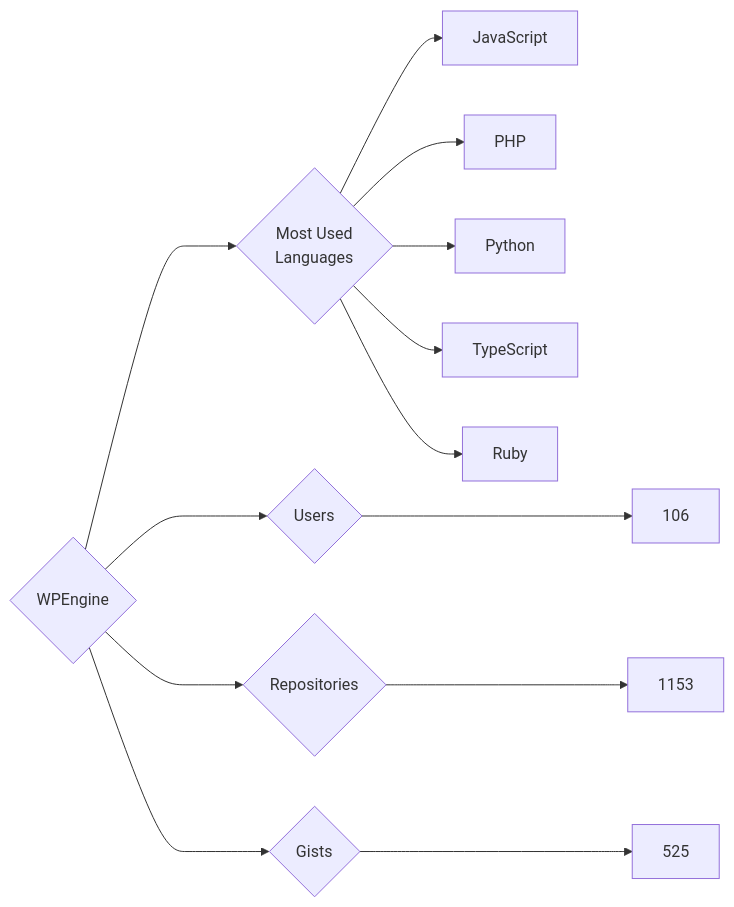
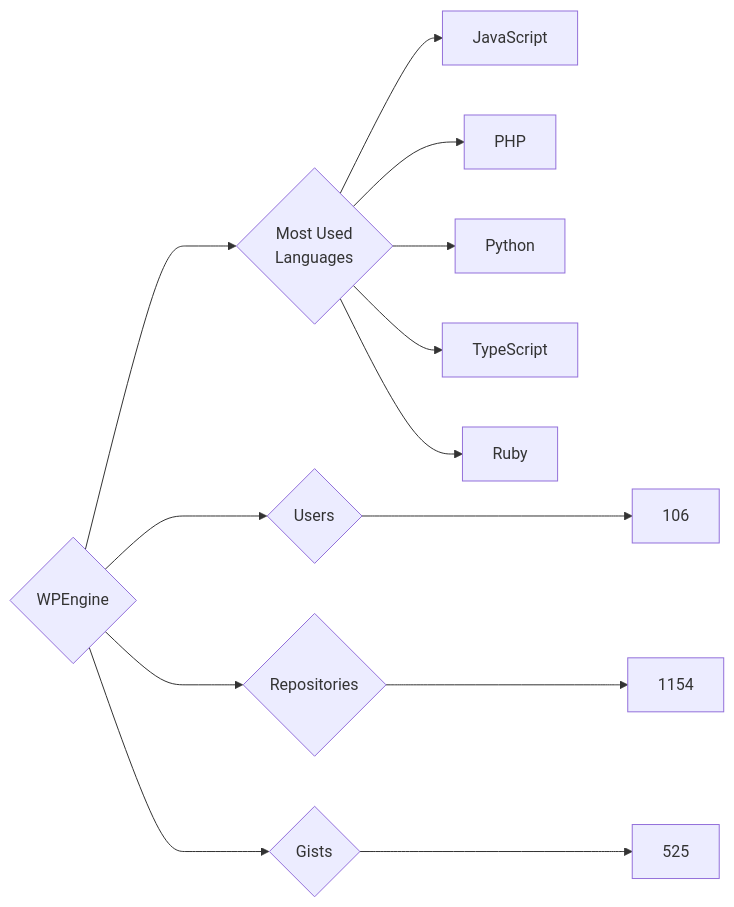
Before and after one commit to trickest/insiders: the diagram in targets/WPEngine/README.md, drawn with Mermaid. The commit also changed 973 other files, not shown here.

````diff
--- a/targets/WPEngine/README.md
+++ b/targets/WPEngine/README.md
@@ -3,13 +3,13 @@
 ```mermaid
 graph LR
 COMPANY_NAME{WPEngine}
 COMPANY_NAME ---> U{Users} ---> UN[106]
-COMPANY_NAME ---> R{Repositories} ---> RN[1153]
+COMPANY_NAME ---> R{Repositories} ---> RN[1154]
 COMPANY_NAME ---> G{Gists} ---> GN[525]
 COMPANY_NAME ---> ML{Most Used<br>Languages}
 ML --> JavaScript[JavaScript]
 ML --> PHP[PHP]
 ML --> Python[Python]
 ML --> TypeScript[TypeScript]
 ML --> Ruby[Ruby]
 ```
````
